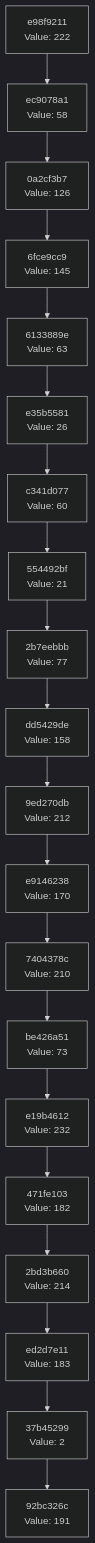
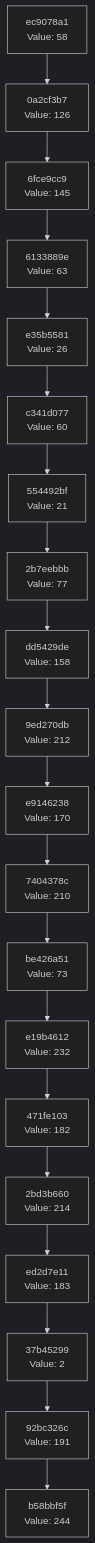
Before and after one commit to Abhisheksinha1506/hash-chain-evolver: the diagram in docs/CHAIN_VISUALIZATION.md, drawn with Mermaid (dark theme). The commit also changed 3 other files, not shown here.

````diff
--- a/docs/CHAIN_VISUALIZATION.md
+++ b/docs/CHAIN_VISUALIZATION.md
@@ -3,42 +3,42 @@
 ```mermaid
 graph TD
-    C0["92bc326c<br/>Value: 191"]
-    C1["37b45299<br/>Value: 2"]
+    C0["b58bbf5f<br/>Value: 244"]
+    C1["92bc326c<br/>Value: 191"]
     C1 --> C0
-    C2["ed2d7e11<br/>Value: 183"]
+    C2["37b45299<br/>Value: 2"]
     C2 --> C1
-    C3["2bd3b660<br/>Value: 214"]
+    C3["ed2d7e11<br/>Value: 183"]
     C3 --> C2
-    C4["471fe103<br/>Value: 182"]
+    C4["2bd3b660<br/>Value: 214"]
     C4 --> C3
-    C5["e19b4612<br/>Value: 232"]
+    C5["471fe103<br/>Value: 182"]
     C5 --> C4
-    C6["be426a51<br/>Value: 73"]
+    C6["e19b4612<br/>Value: 232"]
     C6 --> C5
-    C7["7404378c<br/>Value: 210"]
+    C7["be426a51<br/>Value: 73"]
     C7 --> C6
-    C8["e9146238<br/>Value: 170"]
+    C8["7404378c<br/>Value: 210"]
     C8 --> C7
-    C9["9ed270db<br/>Value: 212"]
+    C9["e9146238<br/>Value: 170"]
     C9 --> C8
-    C10["dd5429de<br/>Value: 158"]
+    C10["9ed270db<br/>Value: 212"]
     C10 --> C9
-    C11["2b7eebbb<br/>Value: 77"]
+    C11["dd5429de<br/>Value: 158"]
     C11 --> C10
-    C12["554492bf<br/>Value: 21"]
+    C12["2b7eebbb<br/>Value: 77"]
     C12 --> C11
-    C13["c341d077<br/>Value: 60"]
+    C13["554492bf<br/>Value: 21"]
     C13 --> C12
-    C14["e35b5581<br/>Value: 26"]
+    C14["c341d077<br/>Value: 60"]
     C14 --> C13
-    C15["6133889e<br/>Value: 63"]
+    C15["e35b5581<br/>Value: 26"]
     C15 --> C14
-    C16["6fce9cc9<br/>Value: 145"]
+    C16["6133889e<br/>Value: 63"]
     C16 --> C15
-    C17["0a2cf3b7<br/>Value: 126"]
+    C17["6fce9cc9<br/>Value: 145"]
     C17 --> C16
-    C18["ec9078a1<br/>Value: 58"]
+    C18["0a2cf3b7<br/>Value: 126"]
     C18 --> C17
-    C19["e98f9211<br/>Value: 222"]
+    C19["ec9078a1<br/>Value: 58"]
     C19 --> C18
 ```
````
